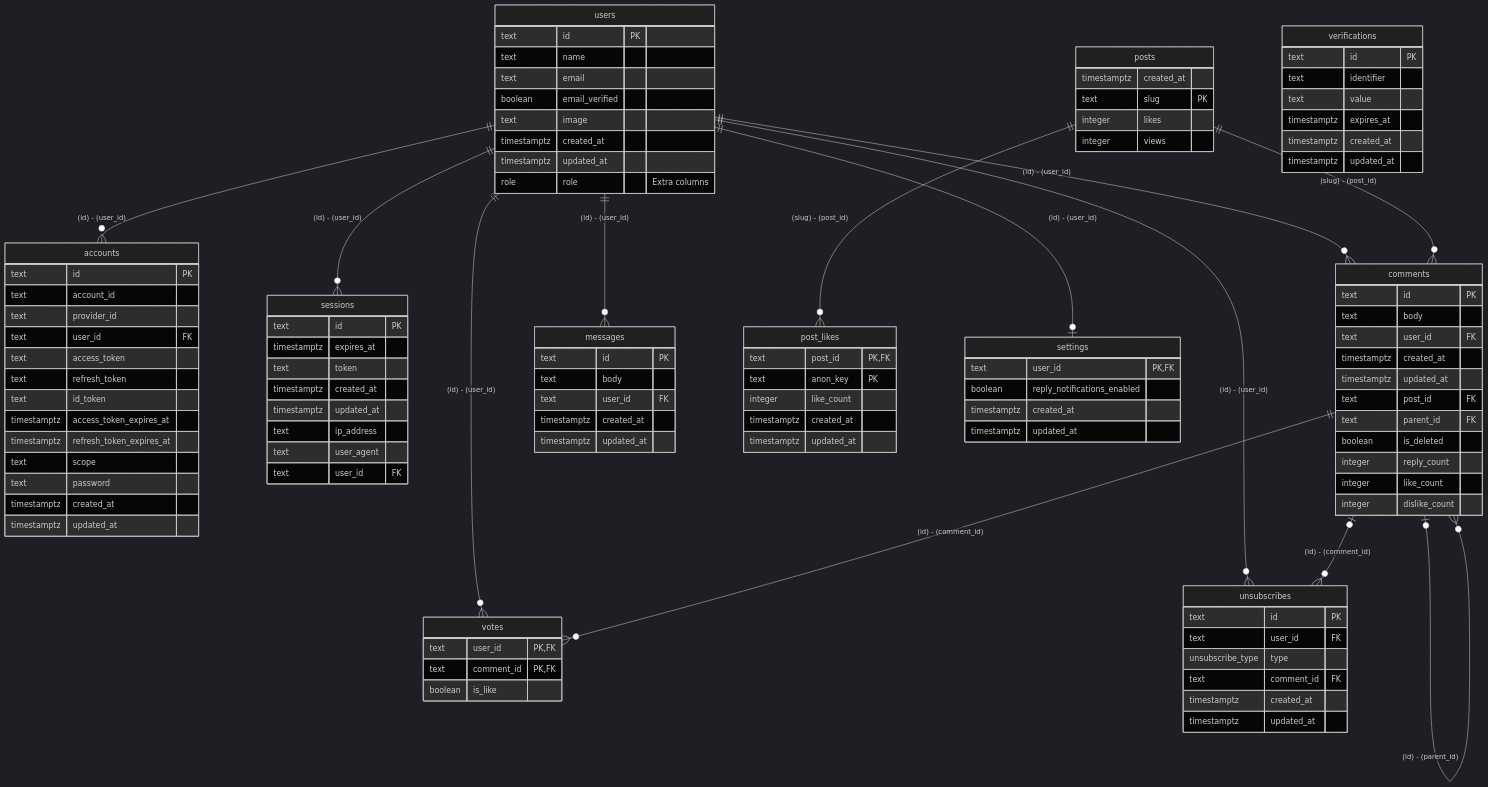
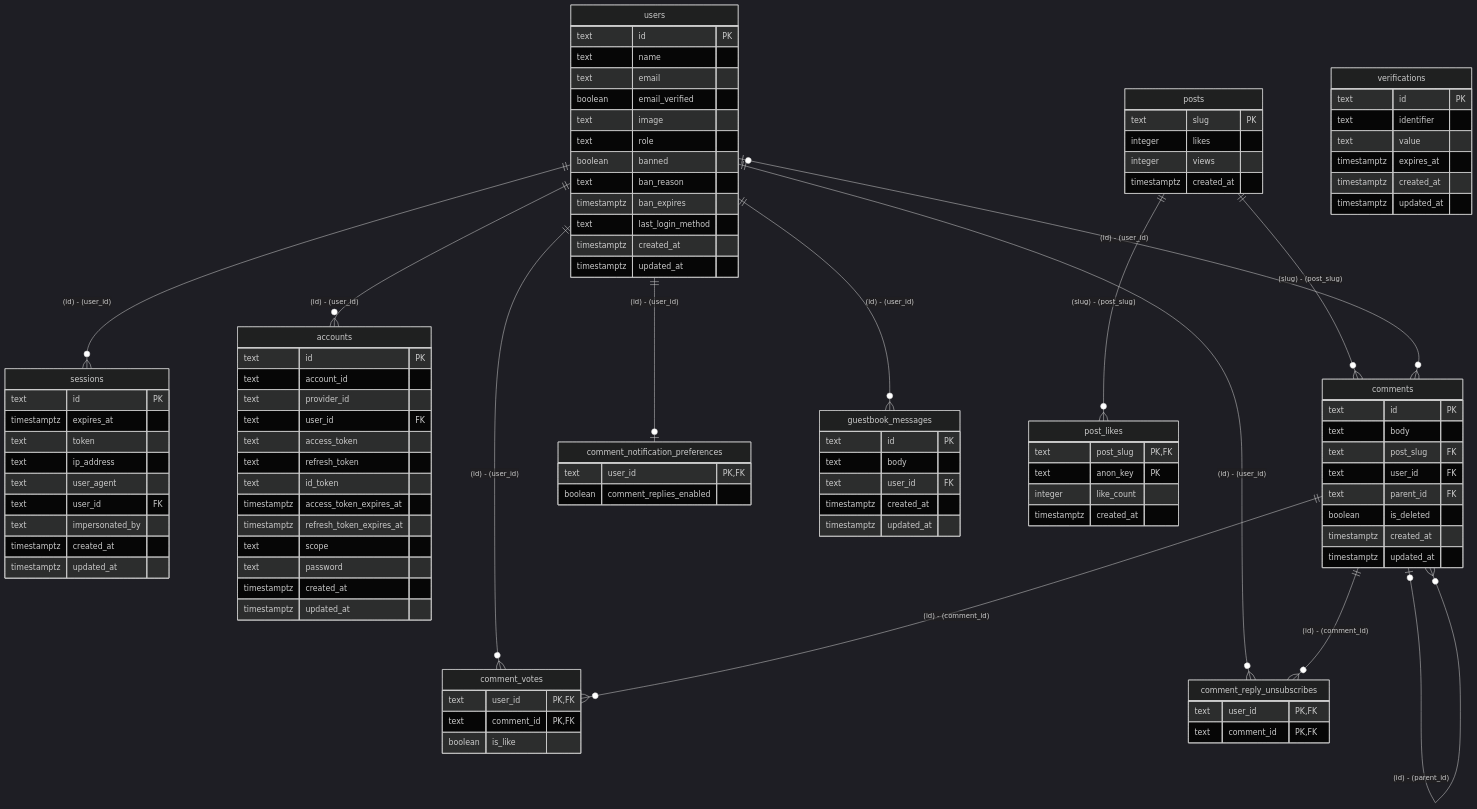
Before and after one commit to nakita628/orm-generators-examples: the diagram in apps/drizzler/examples/nelsonlai-dev/docs/er.md, drawn with Mermaid (dark theme). The commit also changed 65 other files, not shown here.

````diff
--- a/apps/drizzler/examples/nelsonlai-dev/docs/er.md
+++ b/apps/drizzler/examples/nelsonlai-dev/docs/er.md
@@ -1,26 +1,41 @@
 ```mermaid
 erDiagram
+    users ||--o{ sessions : "(id) - (user_id)"
     users ||--o{ accounts : "(id) - (user_id)"
-    users ||--o{ sessions : "(id) - (user_id)"
-    users ||--o{ comments : "(id) - (user_id)"
-    posts ||--o{ comments : "(slug) - (post_id)"
+    posts ||--o{ comments : "(slug) - (post_slug)"
+    users |o--o{ comments : "(id) - (user_id)"
     comments |o--o{ comments : "(id) - (parent_id)"
-    users ||--o{ votes : "(id) - (user_id)"
-    comments ||--o{ votes : "(id) - (comment_id)"
-    users ||--o{ messages : "(id) - (user_id)"
-    posts ||--o{ post_likes : "(slug) - (post_id)"
-    users ||--o| settings : "(id) - (user_id)"
-    users ||--o{ unsubscribes : "(id) - (user_id)"
-    comments |o--o{ unsubscribes : "(id) - (comment_id)"
+    users ||--o{ comment_votes : "(id) - (user_id)"
+    comments ||--o{ comment_votes : "(id) - (comment_id)"
+    users ||--o| comment_notification_preferences : "(id) - (user_id)"
+    users ||--o{ comment_reply_unsubscribes : "(id) - (user_id)"
+    comments ||--o{ comment_reply_unsubscribes : "(id) - (comment_id)"
+    users ||--o{ guestbook_messages : "(id) - (user_id)"
+    posts ||--o{ post_likes : "(slug) - (post_slug)"
     users {
         text id PK
         text name
         text email
         boolean email_verified
         text image
+        text role
+        boolean banned
+        text ban_reason
+        timestamptz ban_expires
+        text last_login_method
         timestamptz created_at
         timestamptz updated_at
-        role role "Extra columns"
+    }
+    sessions {
+        text id PK
+        timestamptz expires_at
+        text token
+        text ip_address
+        text user_agent
+        text user_id FK
+        text impersonated_by
+        timestamptz created_at
+        timestamptz updated_at
     }
     accounts {
         text id PK
@@ -37,16 +52,6 @@
         timestamptz created_at
         timestamptz updated_at
     }
-    sessions {
-        text id PK
-        timestamptz expires_at
-        text token
-        timestamptz created_at
-        timestamptz updated_at
-        text ip_address
-        text user_agent
-        text user_id FK
-    }
     verifications {
         text id PK
         text identifier
@@ -58,22 +63,27 @@
     comments {
         text id PK
         text body
+        text post_slug FK
         text user_id FK
+        text parent_id FK
+        boolean is_deleted
         timestamptz created_at
         timestamptz updated_at
-        text post_id FK
-        text parent_id FK
-        boolean is_deleted
-        integer reply_count
-        integer like_count
-        integer dislike_count
     }
-    votes {
+    comment_votes {
         text user_id PK, FK
         text comment_id PK, FK
         boolean is_like
     }
-    messages {
+    comment_notification_preferences {
+        text user_id PK, FK
+        boolean comment_replies_enabled
+    }
+    comment_reply_unsubscribes {
+        text user_id PK, FK
+        text comment_id PK, FK
+    }
+    guestbook_messages {
         text id PK
         text body
         text user_id FK
@@ -81,30 +91,15 @@
         timestamptz updated_at
     }
     posts {
-        timestamptz created_at
         text slug PK
         integer likes
         integer views
+        timestamptz created_at
     }
     post_likes {
-        text post_id PK, FK
+        text post_slug PK, FK
         text anon_key PK
         integer like_count
         timestamptz created_at
-        timestamptz updated_at
-    }
-    settings {
-        text user_id PK, FK
-        boolean reply_notifications_enabled
-        timestamptz created_at
-        timestamptz updated_at
-    }
-    unsubscribes {
-        text id PK
-        text user_id FK
-        unsubscribe_type type
-        text comment_id FK
-        timestamptz created_at
-        timestamptz updated_at
     }
 ```
````
